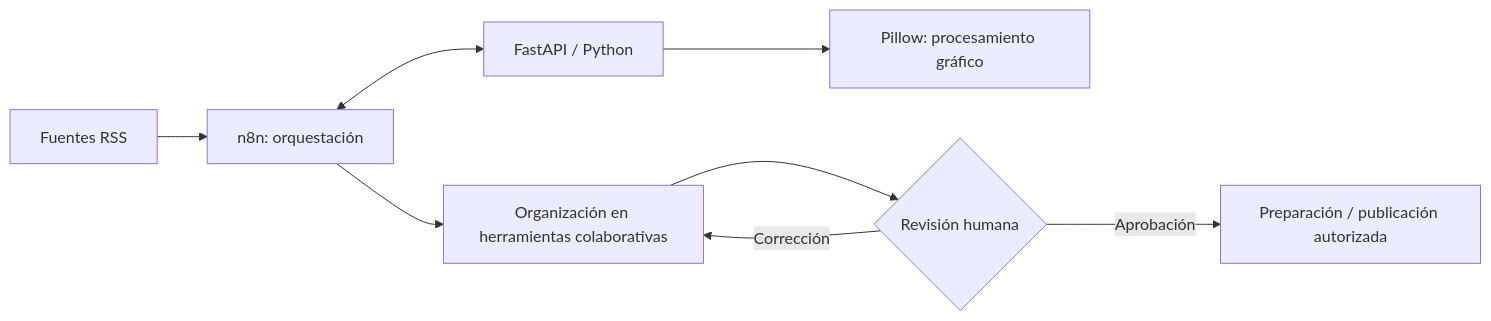
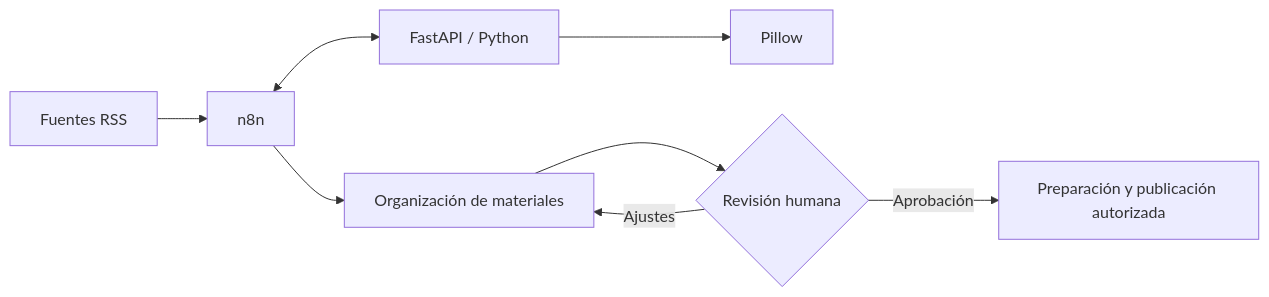
The diagram in docs/architecture.md (isaiassolis/healthcare-content-automation), drawn with Mermaid before and after one commit. The commit also changed other lines of this file, not shown here.

````diff
--- a/docs/architecture.md
+++ b/docs/architecture.md
@@ -21,10 +23,10 @@
 ```mermaid
 flowchart LR
-    R[Fuentes RSS] --> N[n8n: orquestación]
-    N <--> P[FastAPI / Python]
-    P --> I[Pillow: procesamiento gráfico]
-    N --> S[Organización en herramientas colaborativas]
-    S --> H{Revisión humana}
-    H -->|Corrección| S
-    H -->|Aprobación| O[Preparación / publicación autorizada]
+  R[Fuentes RSS] --> N[n8n]
+  N <--> P[FastAPI / Python]
+  P --> I[Pillow]
+  N --> S[Organización de materiales]
+  S --> H{Revisión humana}
+  H -->|Ajustes| S
+  H -->|Aprobación| O[Preparación y publicación autorizada]
 ```
````
